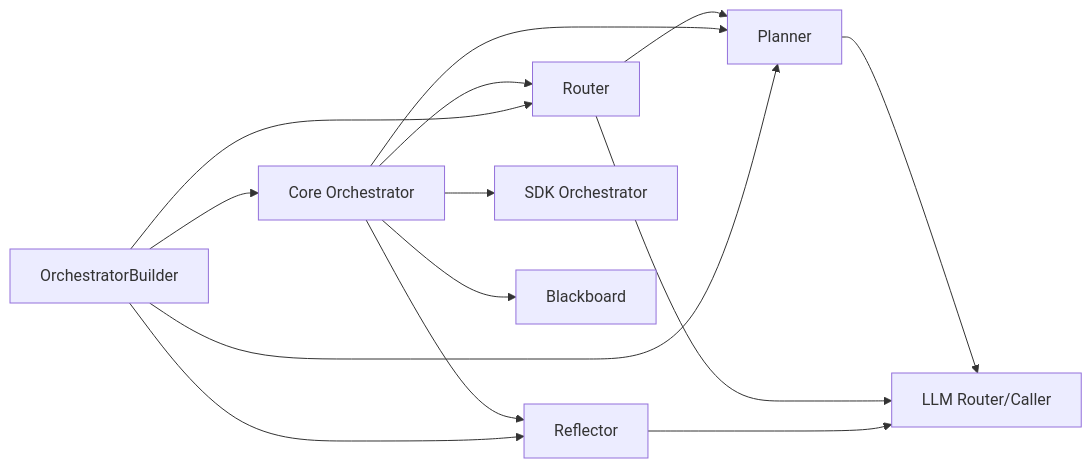
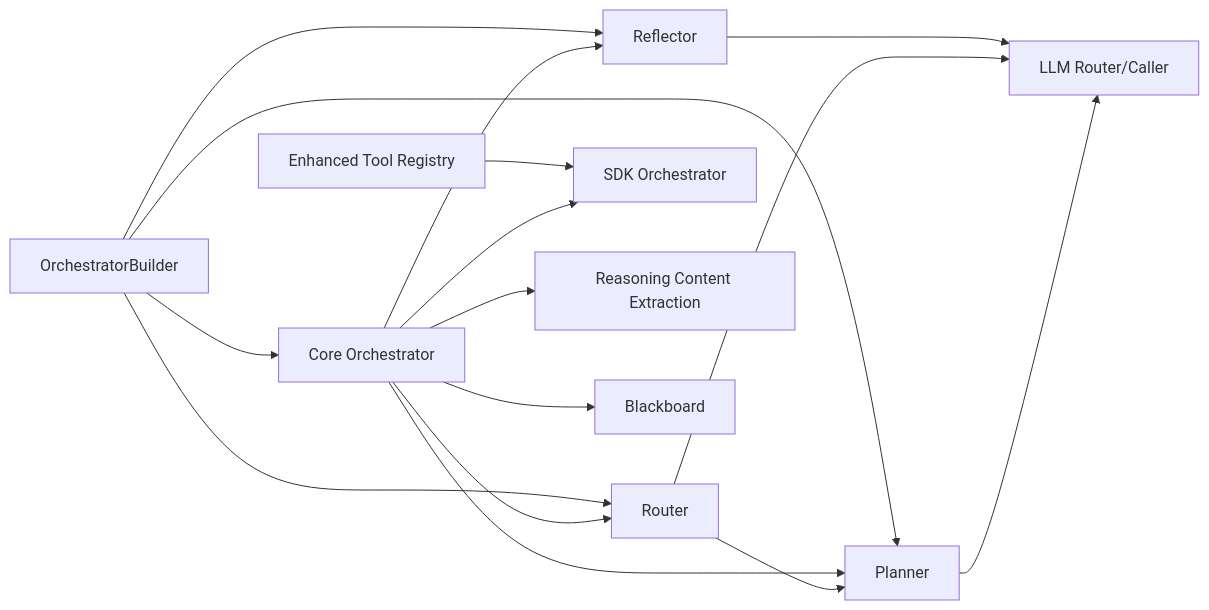
One commit to v0lka/c0wrk changed diagram 13 of 13 in .qoder/repowiki/en/content/Core AI Engine/Core AI Engine.md. Above: the diagram before and after it, drawn with Mermaid. The commit also changed other lines of this file and 3 other files, not shown here.

````diff
--- a/.qoder/repowiki/en/content/Core AI Engine/Core AI Engine.md
+++ b/.qoder/repowiki/en/content/Core AI Engine/Core AI Engine.md
@@ -493,16 +611,18 @@
 ```mermaid
 graph LR
 Router["Router"] --> Planner["Planner"]
 Planner --> LLM["LLM Router/Caller"]
 Router --> LLM
 Reflector --> LLM
 Orchestrator["Core Orchestrator"] --> Router
 Orchestrator --> Planner
 Orchestrator --> Reflector
 Orchestrator --> SDK["SDK Orchestrator"]
+Orchestrator --> Reasoning["Reasoning Content Extraction"]
 Builder["OrchestratorBuilder"] --> Orchestrator
 Builder --> Router
 Builder --> Planner
 Builder --> Reflector
 Orchestrator --> BB["Blackboard"]
+ToolRegistry["Enhanced Tool Registry"] --> SDK
 ```
````
